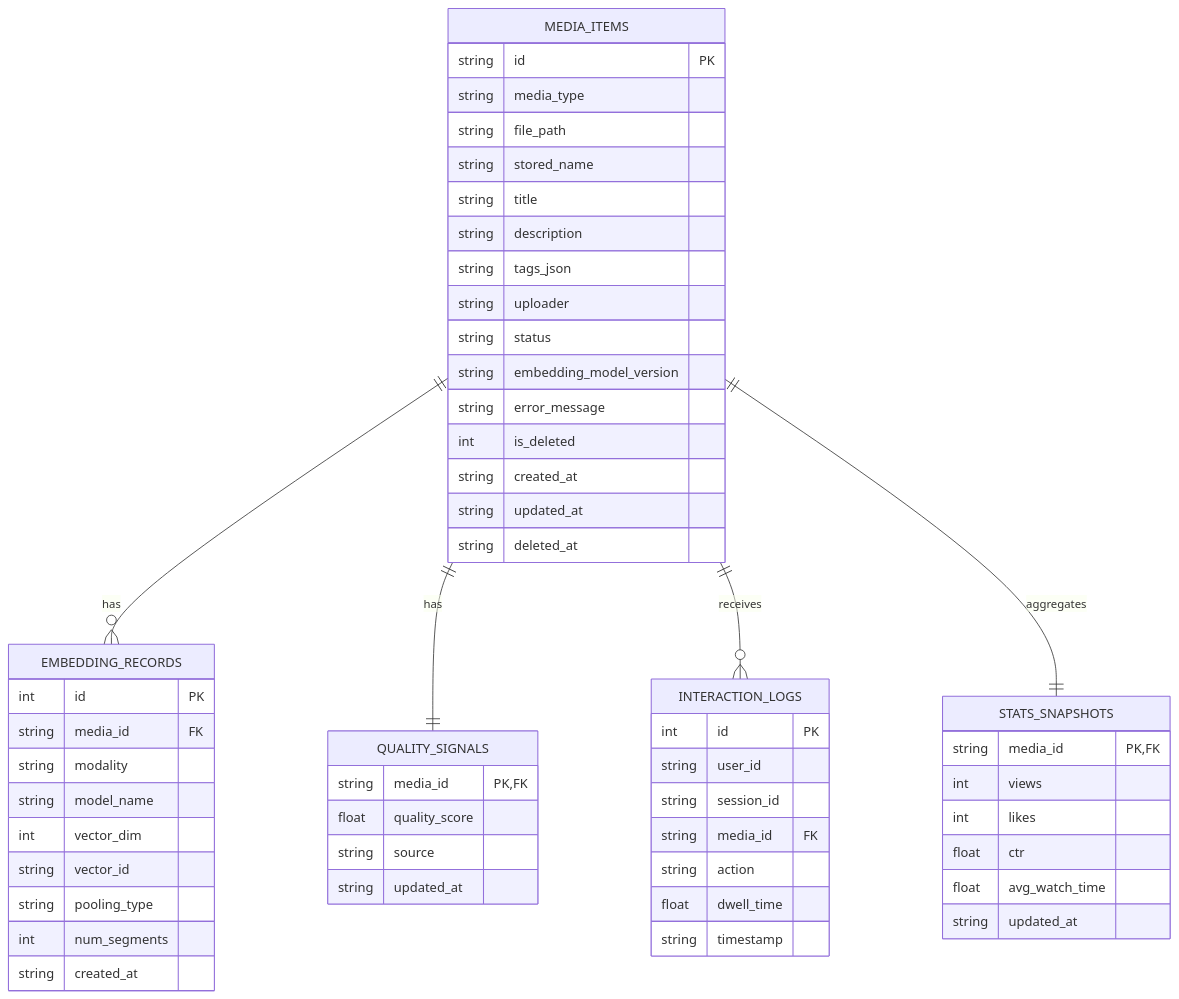
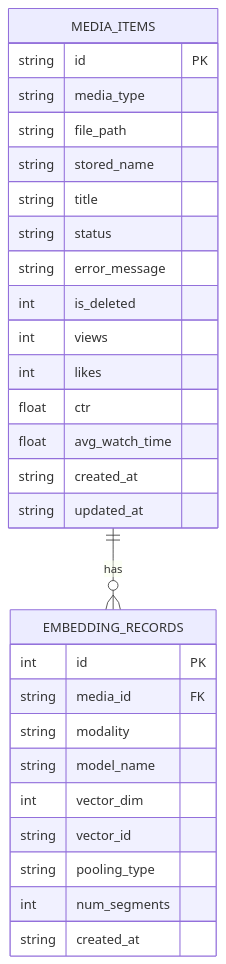
Before and after one commit to ywwong2/ESTR3302-Project: the diagram in docs/schema.md, drawn with Mermaid. The commit also changed other lines of this file and 313 other files, not shown here.

````diff
--- a/docs/schema.md
+++ b/docs/schema.md
@@ -5,63 +8,33 @@
 ```mermaid
 erDiagram
     MEDIA_ITEMS ||--o{ EMBEDDING_RECORDS : has
-    MEDIA_ITEMS ||--|| QUALITY_SIGNALS : has
-    MEDIA_ITEMS ||--o{ INTERACTION_LOGS : receives
-    MEDIA_ITEMS ||--|| STATS_SNAPSHOTS : aggregates
 
     MEDIA_ITEMS {
         string id PK
         string media_type
         string file_path
         string stored_name
         string title
-        string description
-        string tags_json
-        string uploader
         string status
-        string embedding_model_version
         string error_message
         int is_deleted
+        int views
+        int likes
+        float ctr
+        float avg_watch_time
         string created_at
         string updated_at
-        string deleted_at
     }
 
     EMBEDDING_RECORDS {
         int id PK
         string media_id FK
         string modality
         string model_name
         int vector_dim
         string vector_id
         string pooling_type
         int num_segments
         string created_at
     }
-
-    QUALITY_SIGNALS {
-        string media_id PK, FK
-        float quality_score
-        string source
-        string updated_at
-    }
-
-    INTERACTION_LOGS {
-        int id PK
-        string user_id
-        string session_id
-        string media_id FK
-        string action
-        float dwell_time
-        string timestamp
-    }
-
-    STATS_SNAPSHOTS {
-        string media_id PK, FK
-        int views
-        int likes
-        float ctr
-        float avg_watch_time
-        string updated_at
-    }
 ```
````
